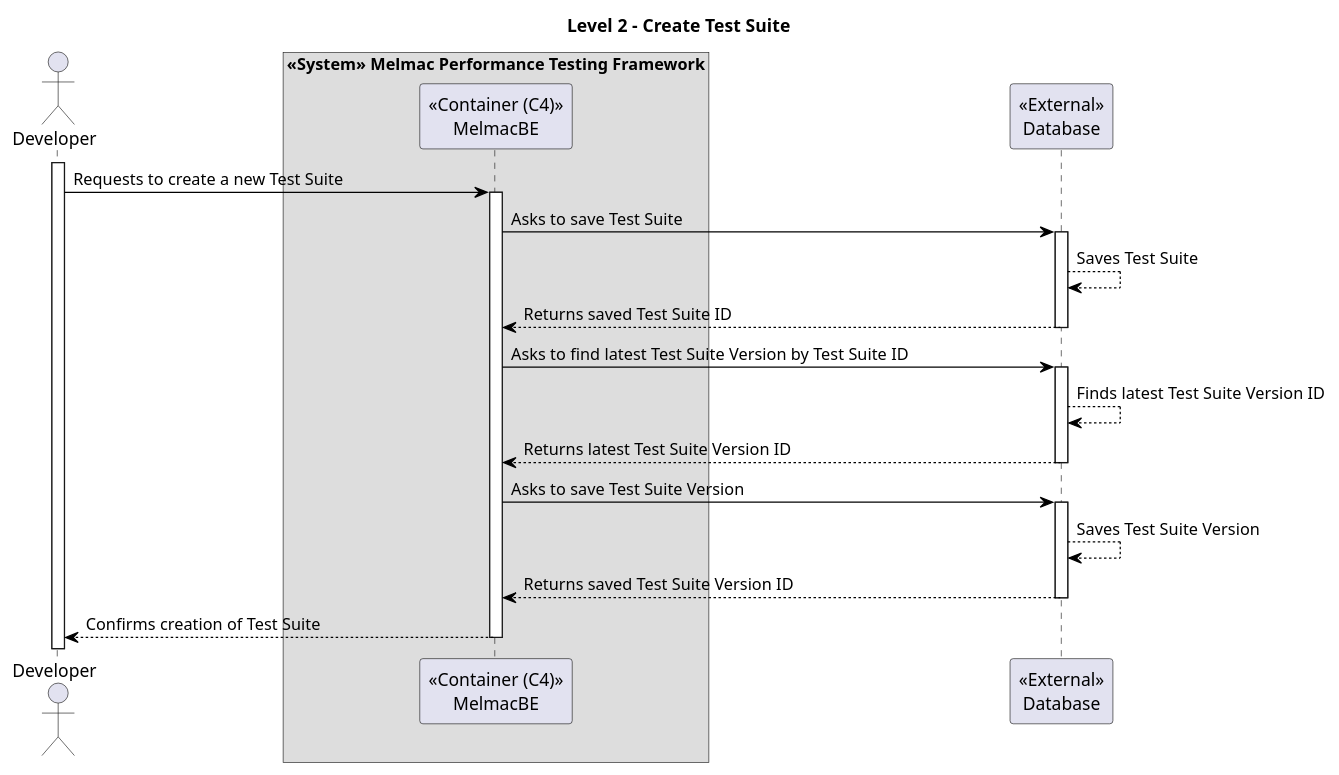
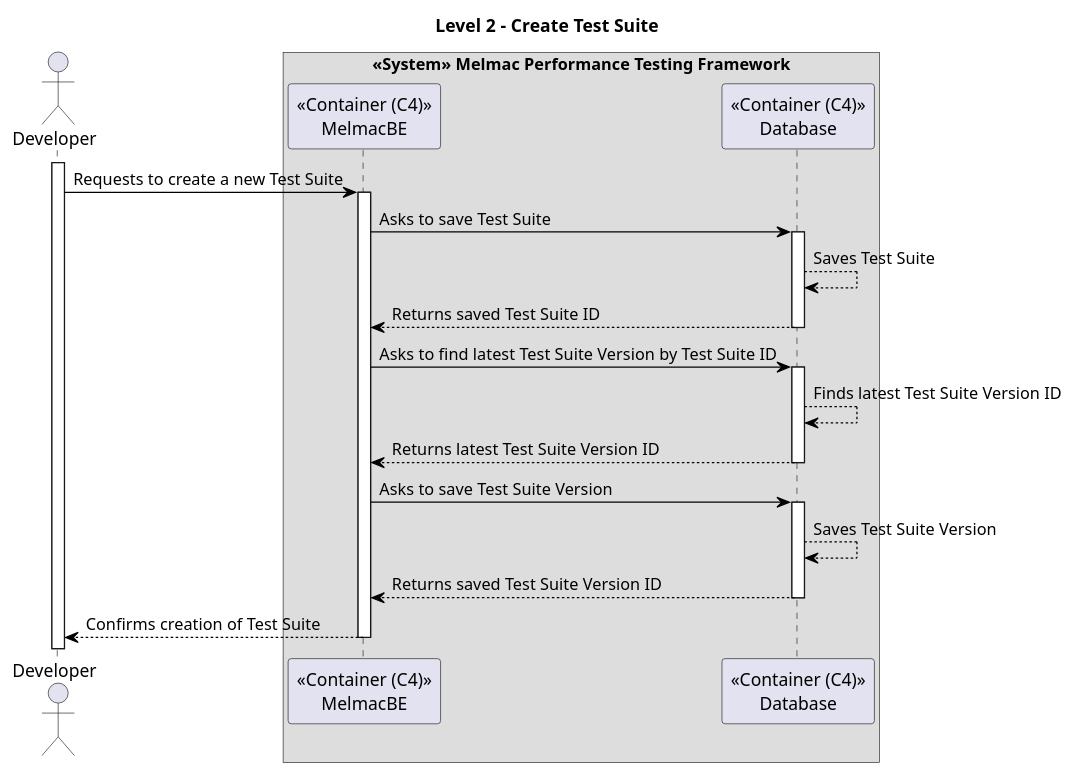
The diagram in docs/use-cases/UC01/puml/L2-PV-UC01.puml (Mindera/Alfie-Melmac-Performance-Testing), drawn with PlantUML before and after one commit. The commit also changed 31 other files, not shown here.

```diff
--- a/docs/use-cases/UC01/puml/L2-PV-UC01.puml
+++ b/docs/use-cases/UC01/puml/L2-PV-UC01.puml
@@ -1,47 +1,47 @@
 @startuml L2-PV-UC01
 
 title Level 2 - Create Test Suite
 
 hide empty members
 
 skinparam class {
     BackgroundColor<<valueObject>> #D6EAF8
     BackgroundColor<<root>> #FDEBD0
     BackgroundColor<<service>> #D1F2EB
     BackgroundColor #FEF9E7
     ArrowColor Black
 }
 
 skinparam package {
     BackgroundColor #EBF5FB
 }
 
 actor Developer as D
 
 box "<<System>> Melmac Performance Testing Framework" 
     participant "<<Container (C4)>>\nMelmacBE" as BE
-end box 
-participant "<<External>>\nDatabase" as DB
+    participant "<<Container (C4)>>\nDatabase" as DB
+end box
 
 activate D
 D -> BE: Requests to create a new Test Suite
 activate BE
 BE -> DB: Asks to save Test Suite
 activate DB
 DB --> DB: Saves Test Suite
 DB --> BE: Returns saved Test Suite ID
 deactivate DB
 BE -> DB: Asks to find latest Test Suite Version by Test Suite ID
 activate DB
 DB --> DB: Finds latest Test Suite Version ID
 DB --> BE: Returns latest Test Suite Version ID
 deactivate DB
 BE -> DB: Asks to save Test Suite Version
 activate DB
 DB --> DB: Saves Test Suite Version
 DB --> BE: Returns saved Test Suite Version ID
 deactivate DB
 BE --> D: Confirms creation of Test Suite
 deactivate BE
 
 @enduml
```
